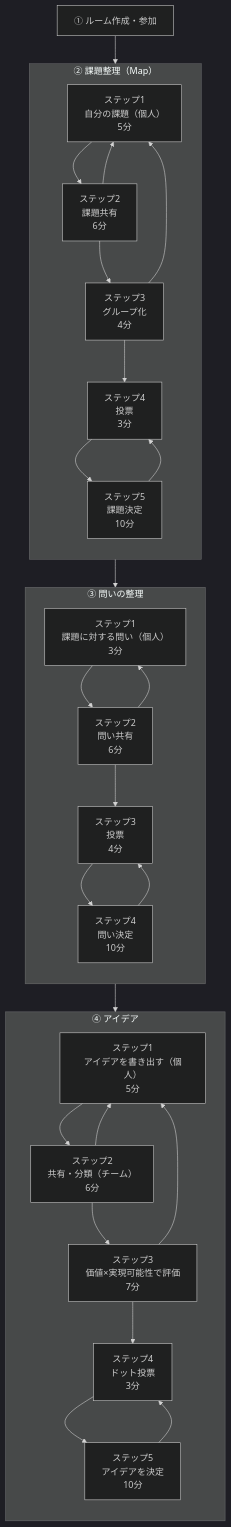
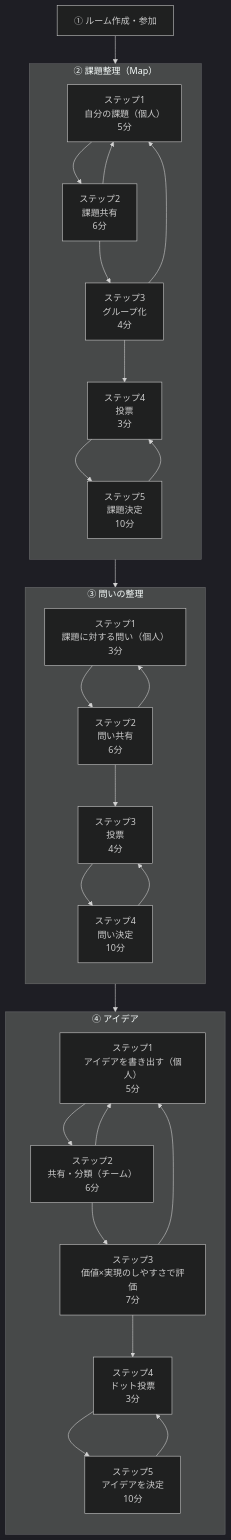
One commit to engineer-first/idea-boost changed the diagram in docs/product/sprint-flow.md. Above: the diagram before and after it, drawn with Mermaid (dark theme). The commit also changed other lines of this file and 11 other files, not shown here.

````diff
--- a/docs/product/sprint-flow.md
+++ b/docs/product/sprint-flow.md
@@ -7,51 +7,51 @@
 ```mermaid
 flowchart TD
 
 A[① ルーム作成・参加]
 
 A --> C
 
 subgraph C["② 課題整理（Map）"]
 direction TB
 C1[ステップ1<br>自分の課題（個人）<br>5分]
 C2[ステップ2<br>課題共有<br>6分]
 C3[ステップ3<br>グループ化<br>4分]
 C4[ステップ4<br>投票<br>3分]
 C5[ステップ5<br>課題決定<br>10分]
 
 C1 --> C2 --> C3 --> C4 --> C5
 C2 --> C1
 C3 --> C1
 C5 --> C4
 end
 
 C --> D
 
 subgraph D["③ 問いの整理"]
 direction TB
 D1[ステップ1<br>課題に対する問い（個人）<br>3分]
 D2[ステップ2<br>問い共有<br>6分]
 D3[ステップ3<br>投票<br>4分]
 D4[ステップ4<br>問い決定<br>10分]
 
 D1 --> D2 --> D3 --> D4
 D2 --> D1
 D4 --> D3
 end
 
 D --> E
 
 subgraph E["④ アイデア"]
 direction TB
 E1[ステップ1<br>アイデアを書き出す（個人）<br>5分]
 E2[ステップ2<br>共有・分類（チーム）<br>6分]
-E3[ステップ3<br>価値×実現可能性で評価<br>7分]
+E3[ステップ3<br>価値×実現のしやすさで評価<br>7分]
 E4[ステップ4<br>ドット投票<br>3分]
 E5[ステップ5<br>アイデアを決定<br>10分]
 
 E1 --> E2 --> E3 --> E4 --> E5
 E2 --> E1
 E3 --> E1
 E5 --> E4
 end
 ```
````
